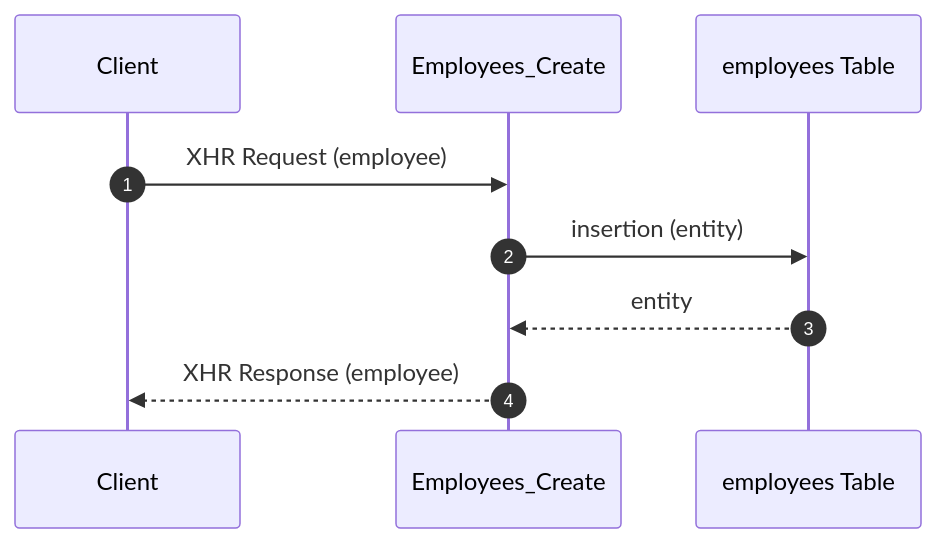
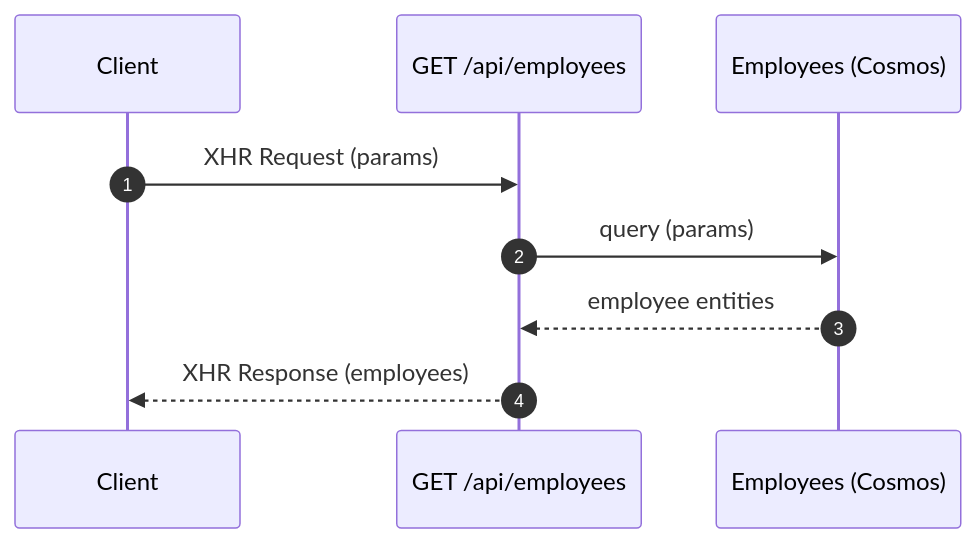
Before and after one commit to KyleMcMaster/payroll-processor: the first of 2 diagrams in docs/ARCHITECTURE.md, drawn with Mermaid. The commit also changed other lines of this file, not shown here.

Commit message:
docs(ARCHITECTURE): update mermaid diagrams to match cosmos impl

````diff
--- a/docs/ARCHITECTURE.md
+++ b/docs/ARCHITECTURE.md
@@ -18,8 +7,8 @@
 ```mermaid
 sequenceDiagram
     autonumber
-    Client->>Employees_Create: XHR Request (employee)
-    Employees_Create->>employees Table: insertion (entity)
-    employees Table-->>Employees_Create: entity
-    Employees_Create-->>Client: XHR Response (employee)
+    Client ->> GET /api/employees: XHR Request (params)
+    GET /api/employees ->> Employees (Cosmos): query (params)
+    Employees (Cosmos) -->> GET /api/employees: employee entities
+    GET /api/employees -->> Client: XHR Response (employees)
 ```
````
